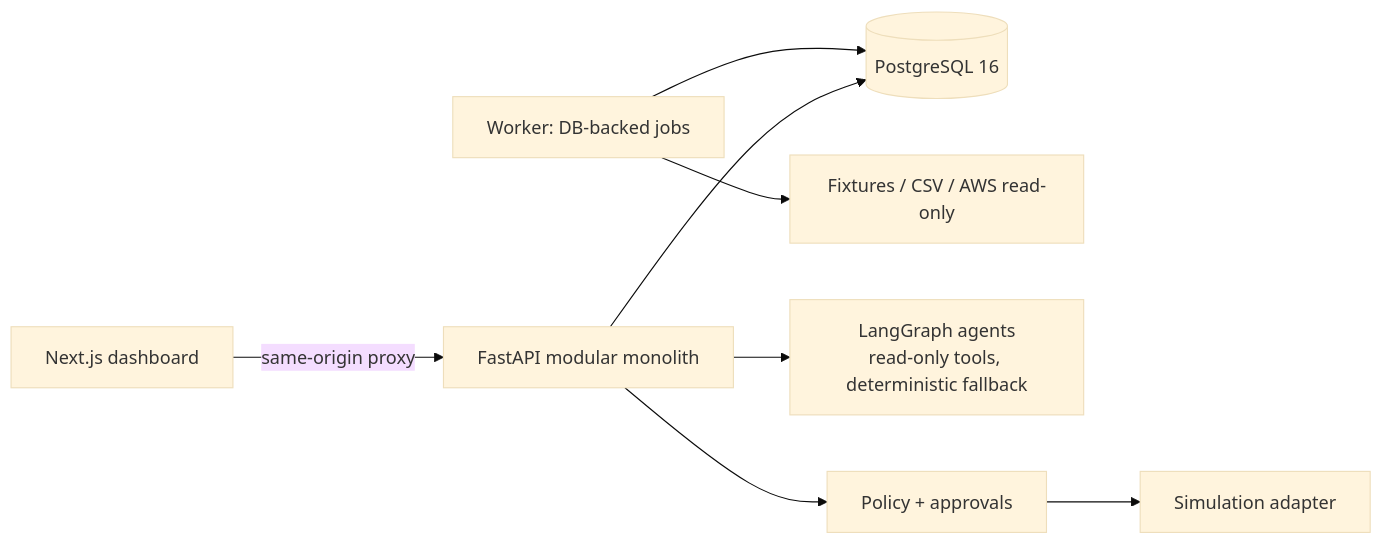
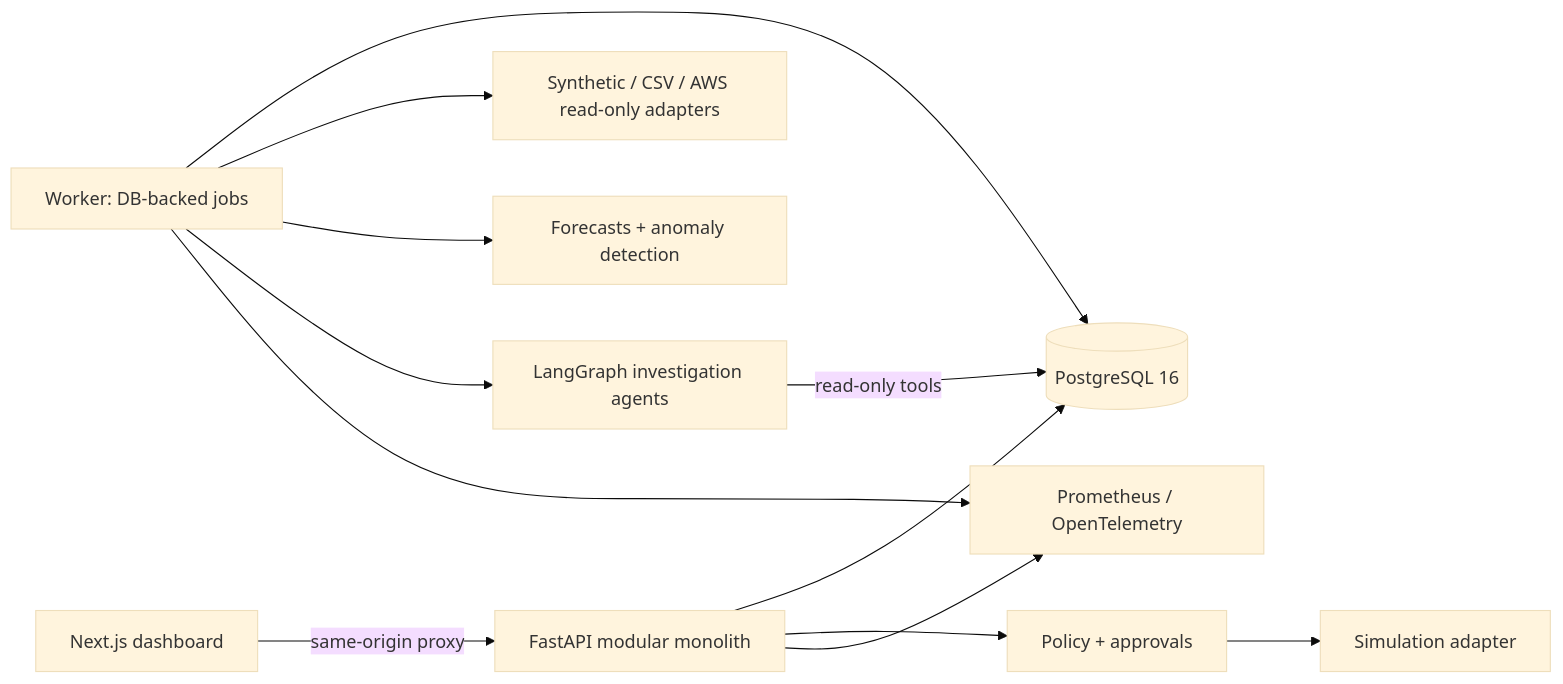
Before and after one commit to bhavanagoud111/nimbrix: the diagram in README.md, drawn with Mermaid (base theme). The commit also changed other lines of this file and 35 other files, not shown here.

````diff
--- a/README.md
+++ b/README.md
@@ -30,9 +78,12 @@
 ```mermaid
 flowchart LR
   UI[Next.js dashboard] -->|same-origin proxy| API[FastAPI modular monolith]
   API --> PG[(PostgreSQL 16)]
   WORKER[Worker: DB-backed jobs] --> PG
-  WORKER --> ADAPT[Fixtures / CSV / AWS read-only]
-  API --> AGENT[LangGraph agents<br/>read-only tools, deterministic fallback]
+  WORKER --> ADAPT[Synthetic / CSV / AWS read-only adapters]
+  WORKER --> ML[Forecasts + anomaly detection]
+  WORKER --> AGENT[LangGraph investigation agents]
+  AGENT -->|read-only tools| PG
   API --> POLICY[Policy + approvals] --> SIM[Simulation adapter]
+  API & WORKER --> OBS[Prometheus / OpenTelemetry]
 ```
````
